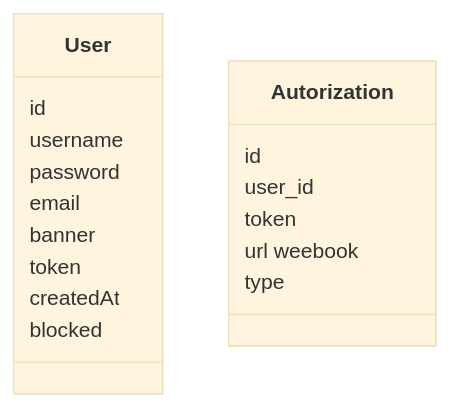
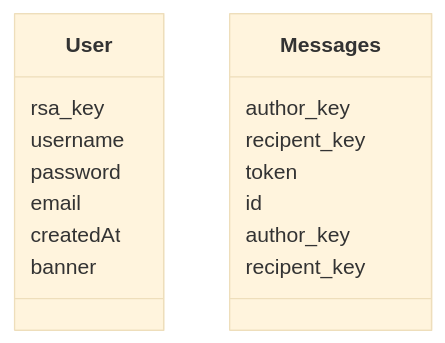
The first of 2 diagrams in README.md (AmourDev77/Plume_relay), drawn with Mermaid (base theme) before and after one commit. The commit also changed other lines of this file, not shown here.

````diff
--- a/README.md
+++ b/README.md
@@ -26,23 +26,22 @@
 ```mermaid
 classDiagram
     direction TB
 
     class User {
-        id
+        rsa_key
         username
         password
         email
+        createdAt
         banner
-        token
-        createdAt
-        blocked
     }
 
-    class Autorization {
+    class Messages {
+        author_key
+        recipent_key
+        token
         id
-        user_id
-        token
-        url weebook
-        type
+        author_key
+        recipent_key
     } 
 ```
````
